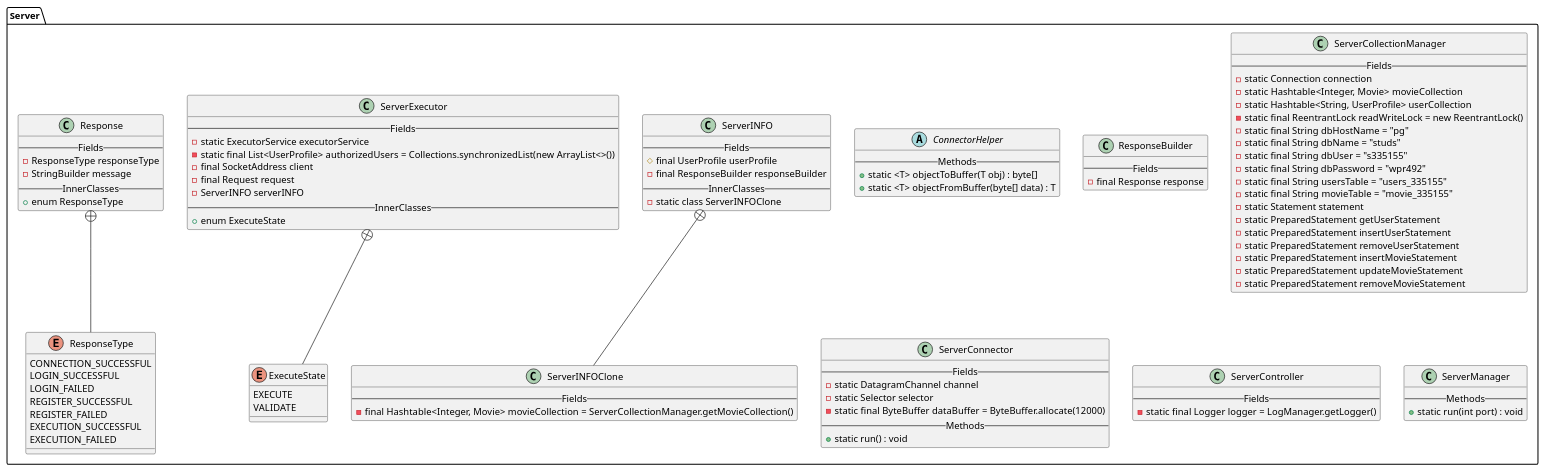
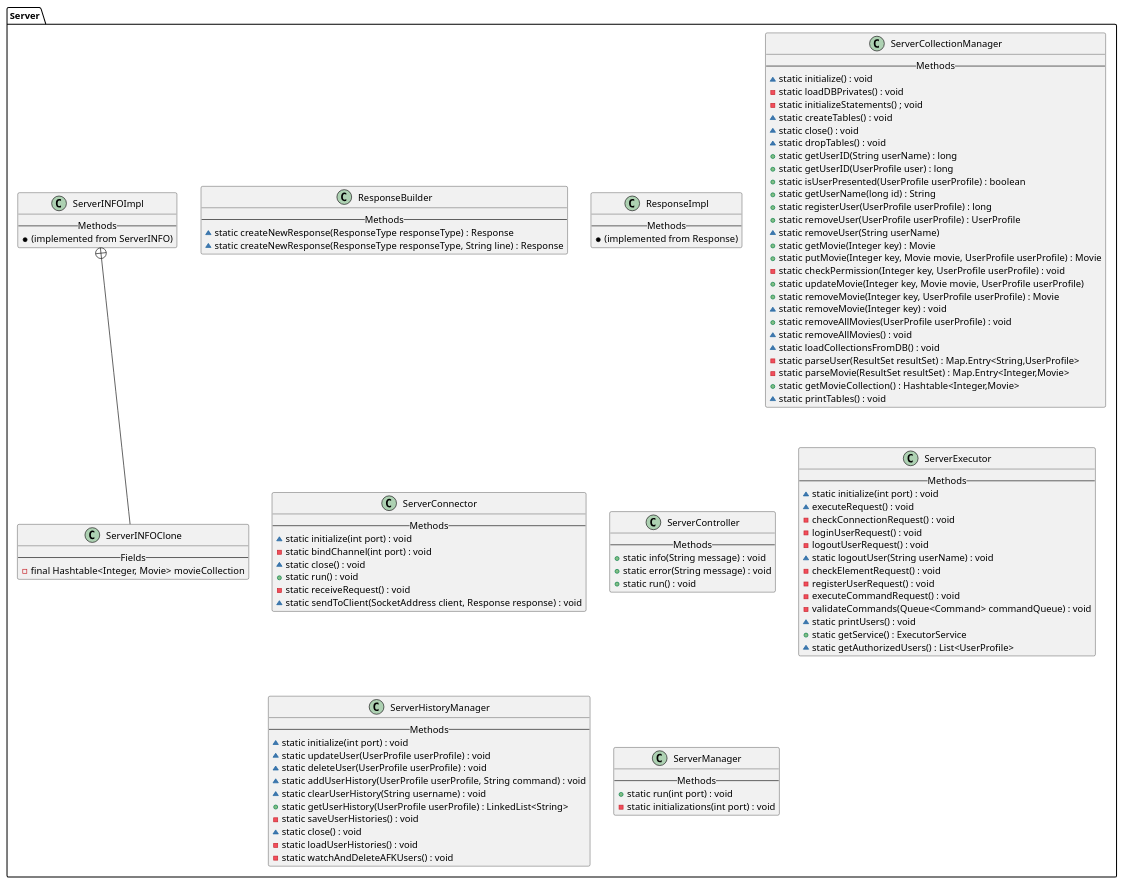
The diagram in diagrams/ServerDiagram.puml (Andryss/ProgrammingLabWork7), drawn with PlantUML before and after one commit. The commit also changed 16 other files, not shown here.

Commit message:
Add diagrams. Add getCaller into ClientINFO. Add SuppressWarnings.

```diff
--- a/diagrams/ServerDiagram.puml
+++ b/diagrams/ServerDiagram.puml
@@ -1,108 +1,114 @@
 @startuml
 
 package Server {
-    abstract class ConnectorHelper {
+
+    class ResponseBuilder {
     --Methods--
-    + static <T> objectToBuffer(T obj) : byte[]
-    + static <T> objectFromBuffer(byte[] data) : T
+    ~ static createNewResponse(ResponseType responseType) : Response
+    ~ static createNewResponse(ResponseType responseType, String line) : Response
     }
 
-    class Response {
-    --Fields--
-    - ResponseType responseType
-    - StringBuilder message
-    --InnerClasses--
-    + enum ResponseType
-    }
-
-    enum ResponseType {
-    CONNECTION_SUCCESSFUL
-    LOGIN_SUCCESSFUL
-    LOGIN_FAILED
-    REGISTER_SUCCESSFUL
-    REGISTER_FAILED
-    EXECUTION_SUCCESSFUL
-    EXECUTION_FAILED
-    }
-
-    ResponseType -up-+ Response
-
-    class ResponseBuilder {
-    --Fields--
-    - final Response response
+    class ResponseImpl {
+    --Methods--
+    * (implemented from Response)
     }
 
     class ServerCollectionManager {
-    --Fields--
-    - static Connection connection
-    - static Hashtable<Integer, Movie> movieCollection
-    - static Hashtable<String, UserProfile> userCollection
-    - static final ReentrantLock readWriteLock = new ReentrantLock()
-    - static final String dbHostName = "pg"
-    - static final String dbName = "studs"
-    - static final String dbUser = "s335155"
-    - static final String dbPassword = "wpr492"
-    - static final String usersTable = "users_335155"
-    - static final String movieTable = "movie_335155"
-    - static Statement statement
-    - static PreparedStatement getUserStatement
-    - static PreparedStatement insertUserStatement
-    - static PreparedStatement removeUserStatement
-    - static PreparedStatement insertMovieStatement
-    - static PreparedStatement updateMovieStatement
-    - static PreparedStatement removeMovieStatement
+    --Methods--
+    ~ static initialize() : void
+    - static loadDBPrivates() : void
+    - static initializeStatements() ; void
+    ~ static createTables() : void
+    ~ static close() : void
+    ~ static dropTables() : void
+    + static getUserID(String userName) : long
+    + static getUserID(UserProfile user) : long
+    + static isUserPresented(UserProfile userProfile) : boolean
+    + static getUserName(long id) : String
+    + static registerUser(UserProfile userProfile) : long
+    + static removeUser(UserProfile userProfile) : UserProfile
+    ~ static removeUser(String userName)
+    + static getMovie(Integer key) : Movie
+    + static putMovie(Integer key, Movie movie, UserProfile userProfile) : Movie
+    - static checkPermission(Integer key, UserProfile userProfile) : void
+    + static updateMovie(Integer key, Movie movie, UserProfile userProfile)
+    + static removeMovie(Integer key, UserProfile userProfile) : Movie
+    ~ static removeMovie(Integer key) : void
+    + static removeAllMovies(UserProfile userProfile) : void
+    ~ static removeAllMovies() : void
+    ~ static loadCollectionsFromDB() : void
+    - static parseUser(ResultSet resultSet) : Map.Entry<String,UserProfile>
+    - static parseMovie(ResultSet resultSet) : Map.Entry<Integer,Movie>
+    + static getMovieCollection() : Hashtable<Integer,Movie>
+    ~ static printTables() : void
     }
 
     class ServerConnector {
-    --Fields--
-    - static DatagramChannel channel
-    - static Selector selector
-    - static final ByteBuffer dataBuffer = ByteBuffer.allocate(12000)
     --Methods--
+    ~ static initialize(int port) : void
+    - static bindChannel(int port) : void
+    ~ static close() : void
+    + static run() : void
+    - static receiveRequest() : void
+    ~ static sendToClient(SocketAddress client, Response response) : void
+    }
+
+    class ServerController {
+    --Methods--
+    + static info(String message) : void
+    + static error(String message) : void
     + static run() : void
     }
 
-    class ServerController {
-    --Fields--
-    - static final Logger logger = LogManager.getLogger()
+    class ServerExecutor {
+    --Methods--
+    ~ static initialize(int port) : void
+    ~ executeRequest() : void
+    - checkConnectionRequest() : void
+    - loginUserRequest() : void
+    - logoutUserRequest() : void
+    ~ static logoutUser(String userName) : void
+    - checkElementRequest() : void
+    - registerUserRequest() : void
+    - executeCommandRequest() : void
+    - validateCommands(Queue<Command> commandQueue) : void
+    ~ static printUsers() : void
+    + static getService() : ExecutorService
+    ~ static getAuthorizedUsers() : List<UserProfile>
     }
 
-    class ServerExecutor {
-    --Fields--
-    - static ExecutorService executorService
-    - static final List<UserProfile> authorizedUsers = Collections.synchronizedList(new ArrayList<>())
-    - final SocketAddress client
-    - final Request request
-    - ServerINFO serverINFO
-    --InnerClasses--
-    + enum ExecuteState
+    class ServerHistoryManager {
+    --Methods--
+    ~ static initialize(int port) : void
+    ~ static updateUser(UserProfile userProfile) : void
+    ~ static deleteUser(UserProfile userProfile) : void
+    ~ static addUserHistory(UserProfile userProfile, String command) : void
+    ~ static clearUserHistory(String username) : void
+    + static getUserHistory(UserProfile userProfile) : LinkedList<String>
+    - static saveUserHistories() : void
+    ~ static close() : void
+    - static loadUserHistories() : void
+    - static watchAndDeleteAFKUsers() : void
     }
 
-    enum ExecuteState {
-    EXECUTE
-    VALIDATE
-    }
-
-    class ServerINFO {
-    --Fields--
-    # final UserProfile userProfile
-    - final ResponseBuilder responseBuilder
-    --InnerClasses--
-    - static class ServerINFOClone
+    class ServerINFOImpl {
+    --Methods--
+    * (implemented from ServerINFO)
     }
 
     class ServerINFOClone {
     --Fields--
-    - final Hashtable<Integer, Movie> movieCollection = ServerCollectionManager.getMovieCollection()
+    - final Hashtable<Integer, Movie> movieCollection
     }
+
+    ServerINFOClone -up-+ ServerINFOImpl
 
     class ServerManager {
     --Methods--
     + static run(int port) : void
+    - static initializations(int port) : void
     }
 
-    ExecuteState -up-+ ServerExecutor
-    ServerINFOClone -up-+ ServerINFO
 }
 
 @enduml
```
